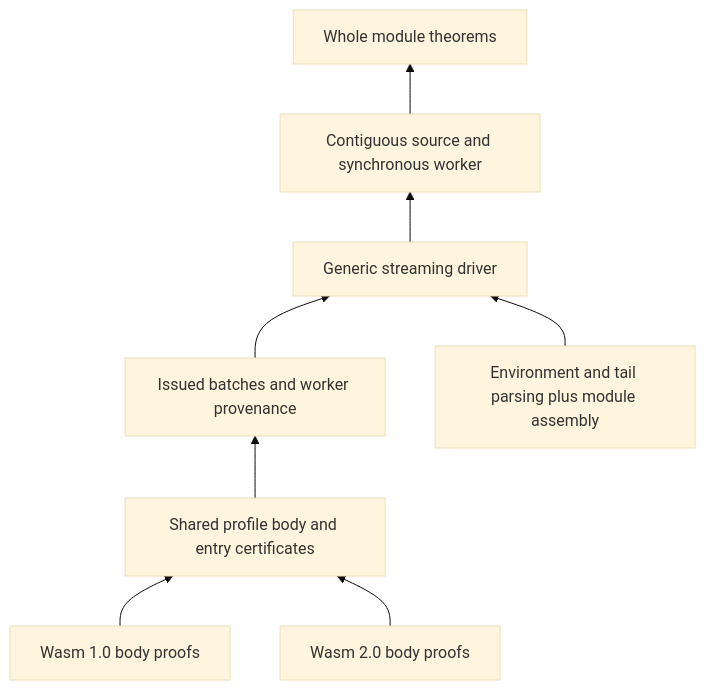
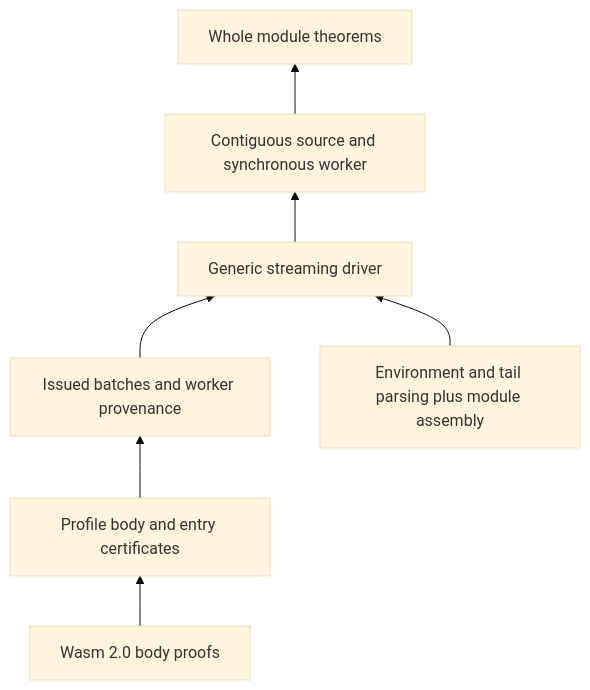
Before and after one commit to eqrion/itasca: the diagram in lean/PROOF_GUIDE.md, drawn with Mermaid (base theme). The commit also changed other lines of this file and 184 other files, not shown here.

````diff
--- a/lean/PROOF_GUIDE.md
+++ b/lean/PROOF_GUIDE.md
@@ -137,10 +135,9 @@
 ```mermaid
 flowchart BT
-  W1[Wasm 1.0 body proofs] --> P[Shared profile body and entry certificates]
-  W2[Wasm 2.0 body proofs] --> P
+  W[Wasm 2.0 body proofs] --> P[Profile body and entry certificates]
   P --> B[Issued batches and worker provenance]
   B --> D[Generic streaming driver]
   M[Environment and tail parsing plus module assembly] --> D
   D --> A[Contiguous source and synchronous worker]
   A --> T[Whole module theorems]
 ```
````
